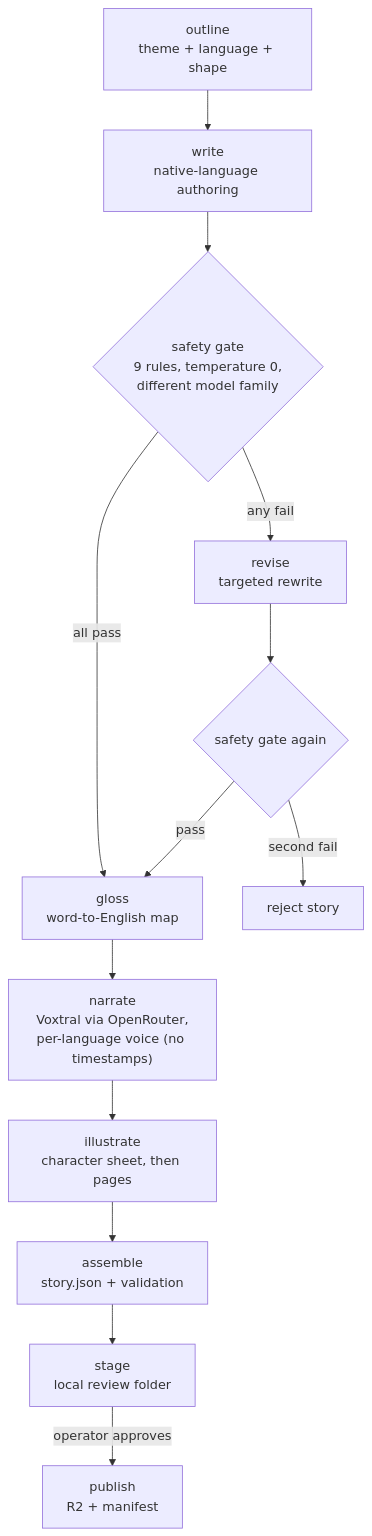
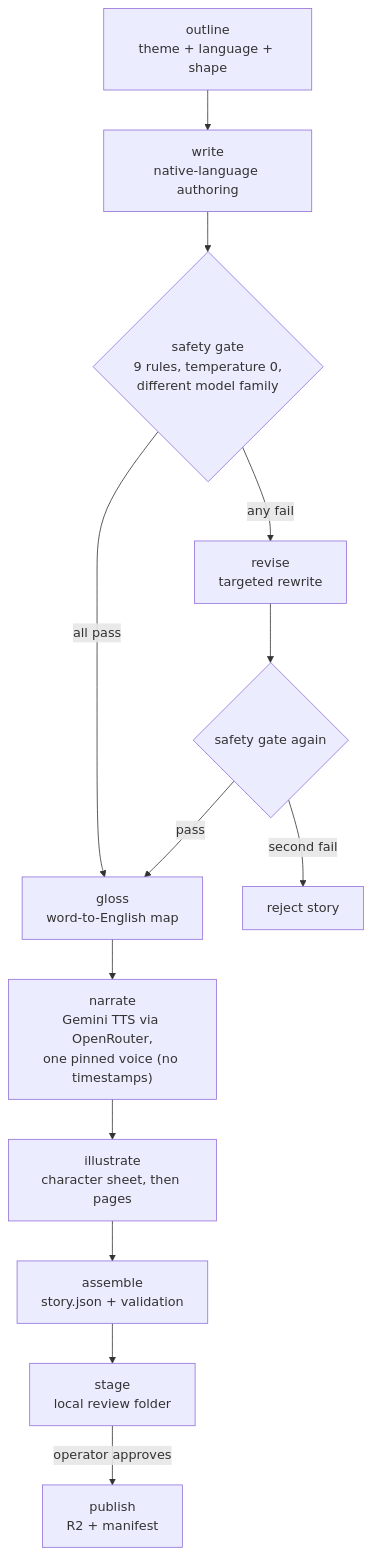
One commit to darth-dodo/cantastorie changed the second of 2 diagrams in docs/architecture.md. Above: the diagram before and after it, drawn with Mermaid. The commit also changed other lines of this file and 18 other files, not shown here.

First line of the commit message:
docs: move default narration to Gemini TTS, scope Voxtral cloning to Mistral (ADR-008)

````diff
--- a/docs/architecture.md
+++ b/docs/architecture.md
@@ -124,15 +124,15 @@
 ```mermaid
 graph TD
     O["outline<br/>theme + language + shape"] --> W["write<br/>native-language authoring"]
     W --> S{"safety gate<br/>9 rules, temperature 0,<br/>different model family"}
     S -- "all pass" --> G["gloss<br/>word-to-English map"]
     S -- "any fail" --> RV["revise<br/>targeted rewrite"]
     RV --> S2{"safety gate again"}
     S2 -- "pass" --> G
     S2 -- "second fail" --> X["reject story"]
-    G --> N["narrate<br/>Voxtral via OpenRouter,<br/>per-language voice (no timestamps)"]
+    G --> N["narrate<br/>Gemini TTS via OpenRouter,<br/>one pinned voice (no timestamps)"]
     N --> I["illustrate<br/>character sheet, then pages"]
     I --> A["assemble<br/>story.json + validation"]
     A --> ST["stage<br/>local review folder"]
     ST -- "operator approves" --> PB["publish<br/>R2 + manifest"]
 ```
````
